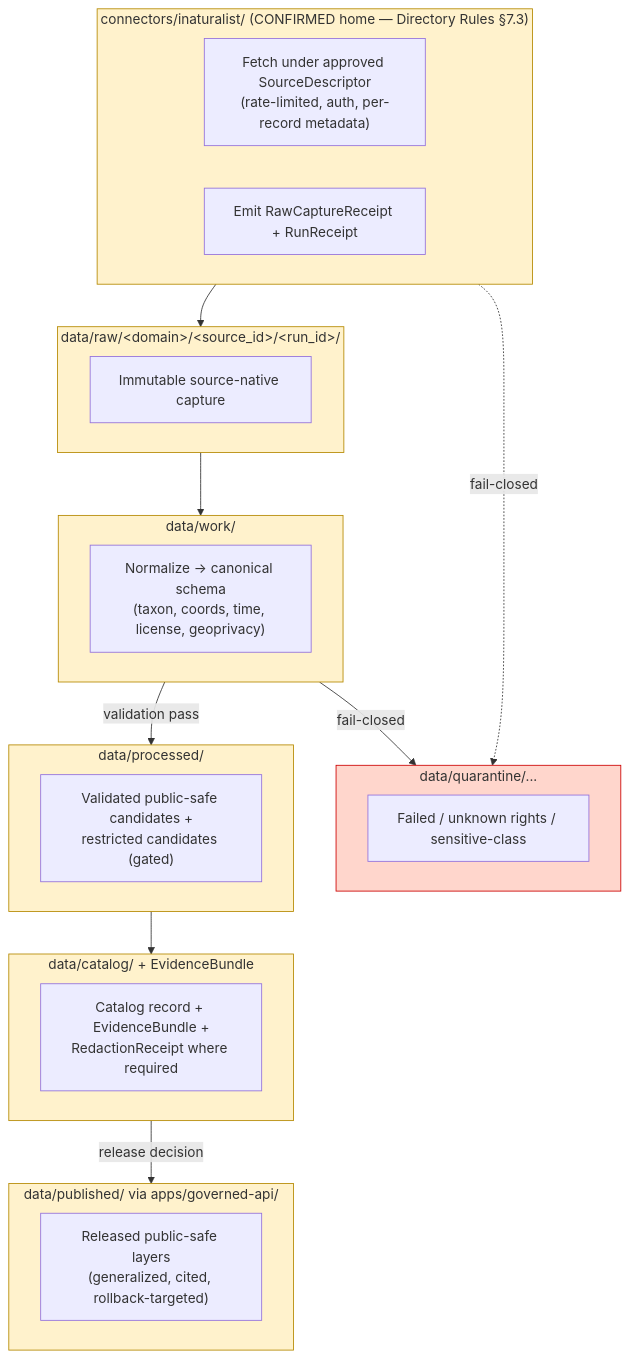
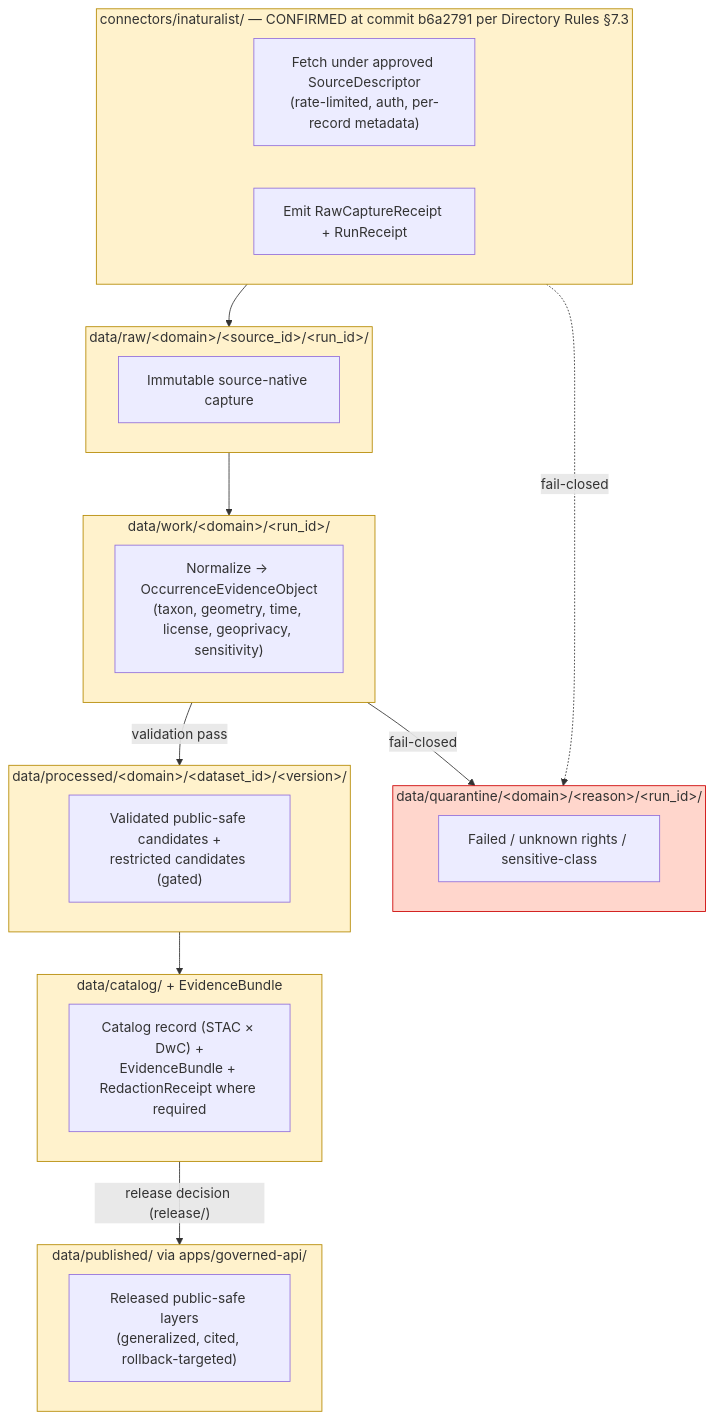
One commit to bartytime4life/Kansas-Frontier-Matrix changed the third of 3 diagrams in docs/sources/catalog/inaturalist/README.md. Above: the diagram before and after it, drawn with Mermaid. The commit also changed other lines of this file, not shown here.

````diff
--- a/docs/sources/catalog/inaturalist/README.md
+++ b/docs/sources/catalog/inaturalist/README.md
@@ -217,44 +329,44 @@
 ```mermaid
 flowchart TB
-    subgraph CONN["connectors/inaturalist/ (CONFIRMED home — Directory Rules §7.3)"]
+    subgraph CONN["connectors/inaturalist/ — CONFIRMED at commit b6a2791 per Directory Rules §7.3"]
         C1["Fetch under approved SourceDescriptor<br/>(rate-limited, auth, per-record metadata)"]
         C2["Emit RawCaptureReceipt + RunReceipt"]
     end
 
     subgraph RAW["data/raw/&lt;domain&gt;/&lt;source_id&gt;/&lt;run_id&gt;/"]
         R1["Immutable source-native capture"]
     end
 
-    subgraph Q["data/quarantine/..."]
+    subgraph Q["data/quarantine/&lt;domain&gt;/&lt;reason&gt;/&lt;run_id&gt;/"]
         Q1["Failed / unknown rights / sensitive-class"]
     end
 
-    subgraph WORK["data/work/"]
-        W1["Normalize → canonical schema<br/>(taxon, coords, time, license, geoprivacy)"]
+    subgraph WORK["data/work/&lt;domain&gt;/&lt;run_id&gt;/"]
+        W1["Normalize → OccurrenceEvidenceObject<br/>(taxon, geometry, time, license, geoprivacy, sensitivity)"]
     end
 
-    subgraph PROC["data/processed/"]
+    subgraph PROC["data/processed/&lt;domain&gt;/&lt;dataset_id&gt;/&lt;version&gt;/"]
         P1["Validated public-safe candidates +<br/>restricted candidates (gated)"]
     end
 
     subgraph CAT["data/catalog/ + EvidenceBundle"]
-        K1["Catalog record + EvidenceBundle +<br/>RedactionReceipt where required"]
+        K1["Catalog record (STAC × DwC) +<br/>EvidenceBundle + RedactionReceipt where required"]
     end
 
     subgraph PUB["data/published/ via apps/governed-api/"]
         U1["Released public-safe layers<br/>(generalized, cited, rollback-targeted)"]
     end
 
     CONN --> RAW
     CONN -. fail-closed .-> Q
     RAW --> WORK
     WORK -- validation pass --> PROC
     WORK -- fail-closed --> Q
     PROC --> CAT
-    CAT -- release decision --> PUB
+    CAT -- release decision (release/) --> PUB
 
     classDef gov fill:#fff2cc,stroke:#b58900;
     classDef deny fill:#ffd6cc,stroke:#cc0000;
     class CONN,RAW,WORK,PROC,CAT,PUB gov
     class Q deny
 ```
````
